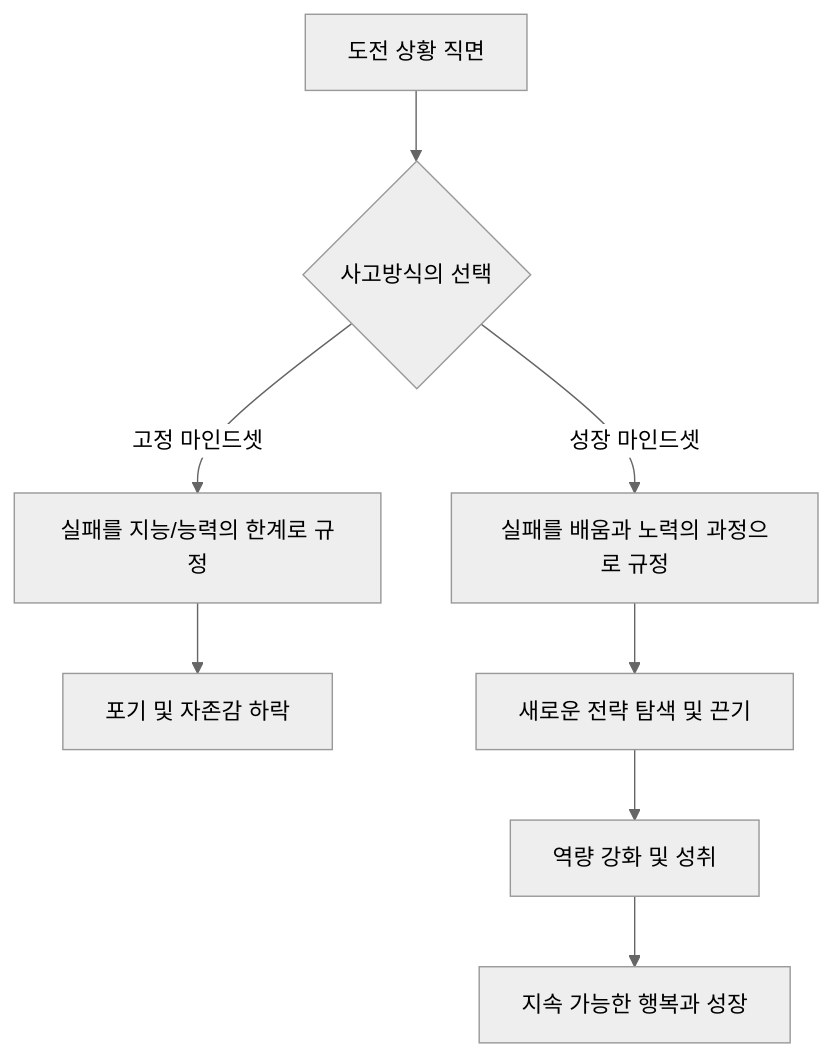
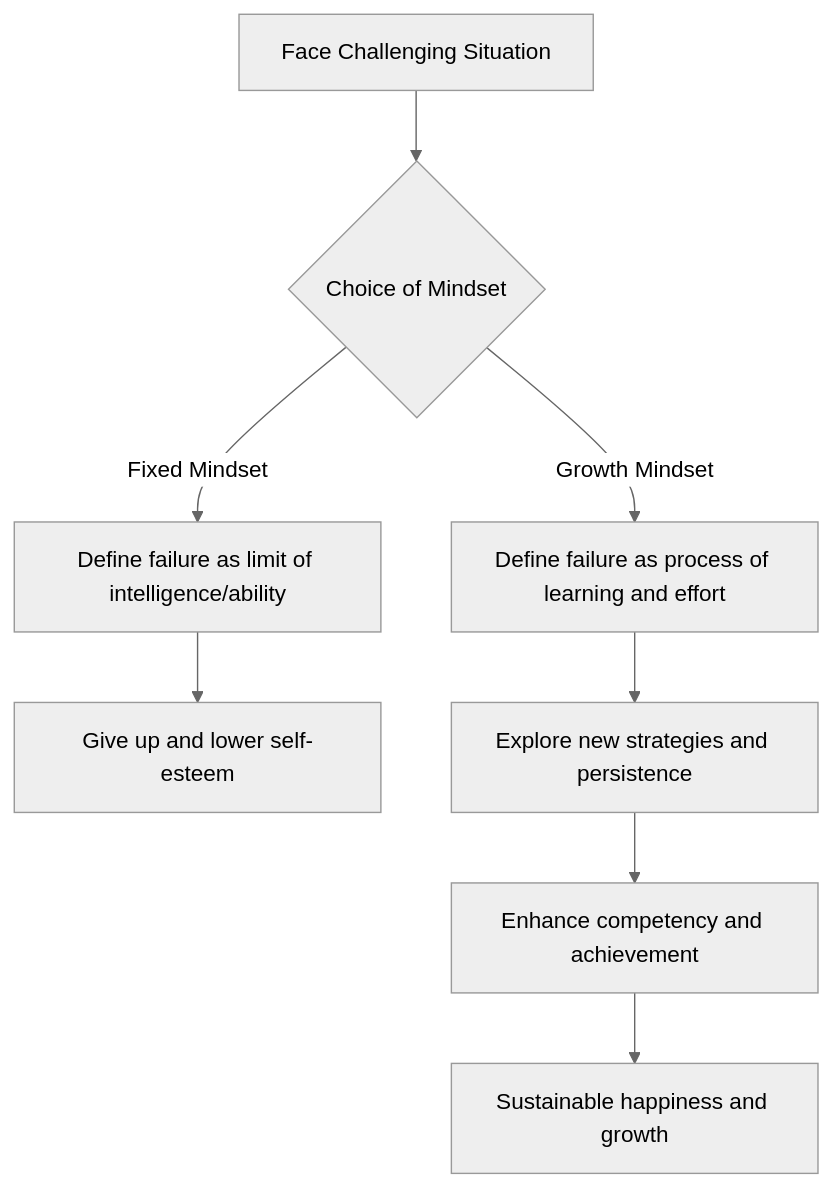
The diagram in src/content/blog/en/education-psychology-ch6.mdx (yuli3/wiki-oiyo), drawn with Mermaid (neutral theme) before and after one commit. The commit also changed other lines of this file and 427 other files, not shown here.

````diff
--- a/src/content/blog/en/education-psychology-ch6.mdx
+++ b/src/content/blog/en/education-psychology-ch6.mdx
@@ -51,10 +49,10 @@
 ```mermaid
 graph TD
-    A[도전 상황 직면] --> B{사고방식의 선택}
-    B -->|고정 마인드셋| C[실패를 지능/능력의 한계로 규정]
-    B -->|성장 마인드셋| D[실패를 배움과 노력의 과정으로 규정]
-    C --> E[포기 및 자존감 하락]
-    D --> F[새로운 전략 탐색 및 끈기]
-    F --> G[역량 강화 및 성취]
-    G --> H[지속 가능한 행복과 성장]
+    A[Face Challenging Situation] --> B{Choice of Mindset}
+    B -->|Fixed Mindset| C[Define failure as limit of intelligence/ability]
+    B -->|Growth Mindset| D[Define failure as process of learning and effort]
+    C --> E[Give up and lower self-esteem]
+    D --> F[Explore new strategies and persistence]
+    F --> G[Enhance competency and achievement]
+    G --> H[Sustainable happiness and growth]
 ```
````
